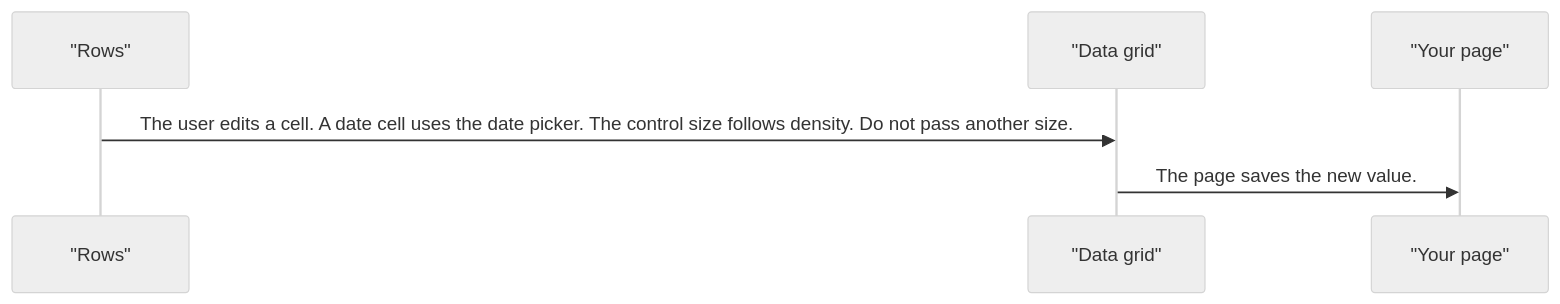
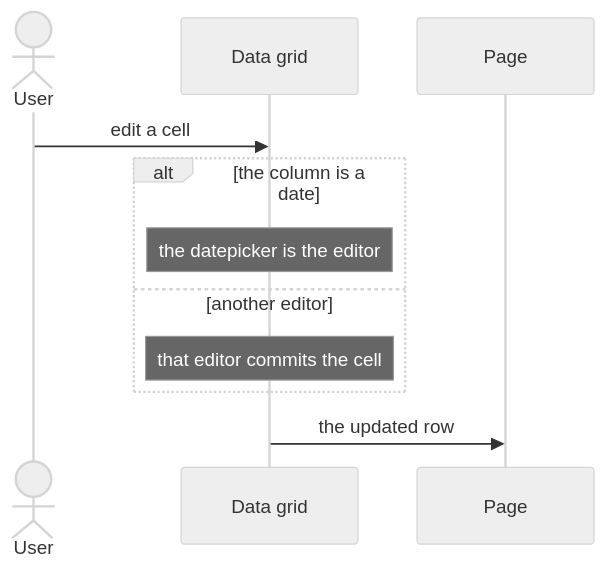
One commit to RajshekharBorate/pixel-ui changed the fourth of 6 diagrams in projects/pixel-ui/src/lib/pixel-data-grid/DESIGN.md. Above: the diagram before and after it, drawn with Mermaid (neutral theme). The commit also changed other lines of this file and 73 other files, not shown here.

Commit message:
Explain who owns each value and what each flow does in every component and service design.

````diff
--- a/projects/pixel-ui/src/lib/pixel-data-grid/DESIGN.md
+++ b/projects/pixel-ui/src/lib/pixel-data-grid/DESIGN.md
@@ -93,8 +114,13 @@
 ```mermaid
 sequenceDiagram
-  participant row as "Rows"
-  participant grid as "Data grid"
-  participant page as "Your page"
-  row->>grid: The user edits a cell. A date cell uses the date picker. The control size follows density. Do not pass another size.
-  grid->>page: The page saves the new value.
+  actor User
+  participant Grid as Data grid
+  participant Page
+  User->>Grid: edit a cell
+  alt the column is a date
+    Note over Grid: the datepicker is the editor
+  else another editor
+    Note over Grid: that editor commits the cell
+  end
+  Grid->>Page: the updated row
 ```
````
